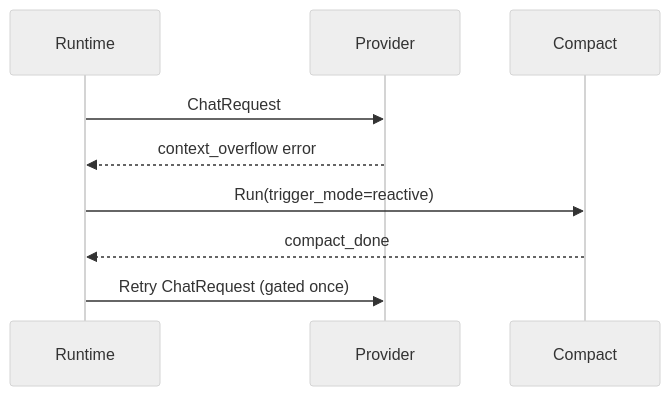
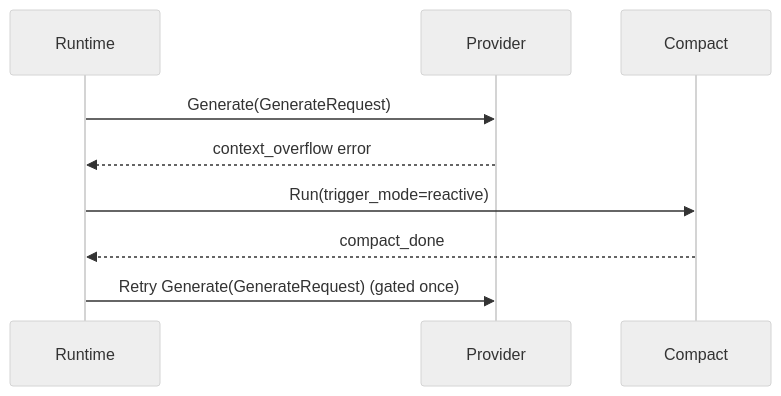
The first of 2 diagrams in docs/architecture/context/context-compact.md (pionxe/neo-code), drawn with Mermaid (neutral theme) before and after one commit. The commit also changed other lines of this file and 5 other files, not shown here.

````diff
--- a/docs/architecture/context/context-compact.md
+++ b/docs/architecture/context/context-compact.md
@@ -50,12 +50,12 @@
 ```mermaid
 sequenceDiagram
     participant RT as Runtime
     participant PV as Provider
     participant CMP as Compact
 
-    RT->>PV: ChatRequest
+    RT->>PV: Generate(GenerateRequest)
     PV-->>RT: context_overflow error
     RT->>CMP: Run(trigger_mode=reactive)
     CMP-->>RT: compact_done
-    RT->>PV: Retry ChatRequest (gated once)
+    RT->>PV: Retry Generate(GenerateRequest) (gated once)
 ```
````
